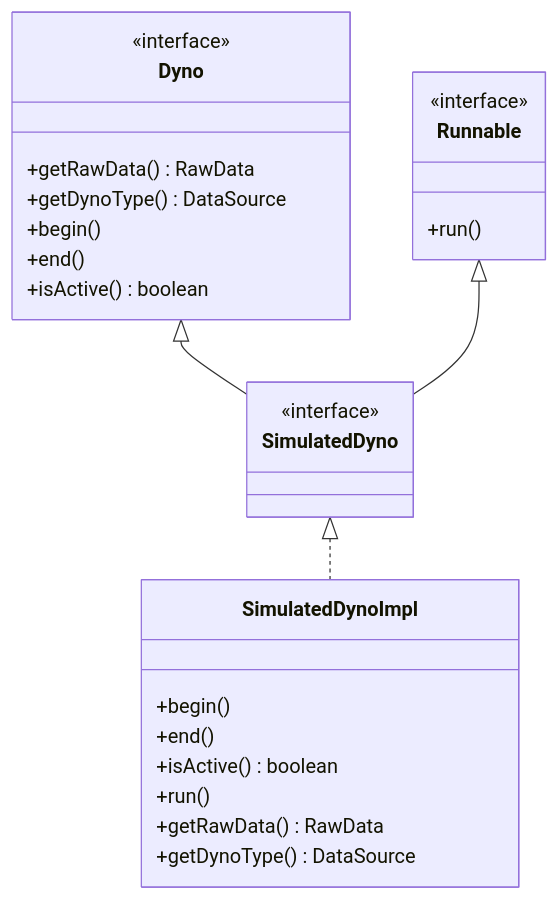
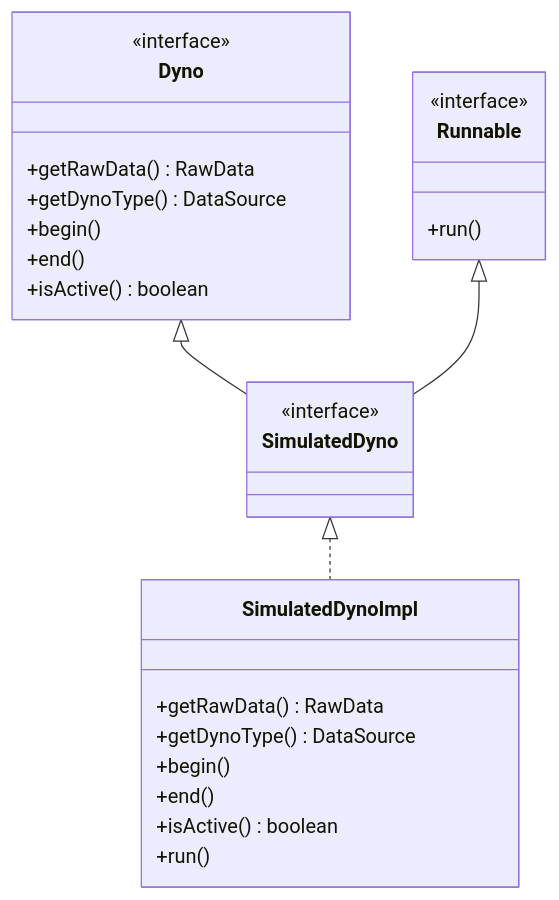
The sixth of 15 diagrams in report.md (unibo-oop-projects/OOP24-Alessandro-CristoferNapolitano-SolarEgg-TodeschiMatteo-java-dyno), drawn with Mermaid before and after one commit. The commit also changed other lines of this file, not shown here.

Commit message:
UML Fixes

````diff
--- a/report.md
+++ b/report.md
@@ -357,34 +357,34 @@
 ```mermaid
 classDiagram
     class Dyno {
         <<interface>>
         +getRawData() RawData
         +getDynoType() DataSource
         +begin()
         +end()
         +isActive() boolean
     }
 
     class Runnable {
         <<interface>>
         +run()
     }
 
     class SimulatedDyno {
         <<interface>>
     }
 
     class SimulatedDynoImpl {
-        +begin()
-        +end()
-        +isActive() boolean
-        +run()
-        +getRawData() RawData
-        +getDynoType() DataSource
+      +getRawData() RawData
+      +getDynoType() DataSource
+      +begin()
+      +end()
+      +isActive() boolean
+      +run()
     }
 
     Dyno <|-- SimulatedDyno
     Runnable <|-- SimulatedDyno
     SimulatedDyno <|.. SimulatedDynoImpl
 
 ```
````
